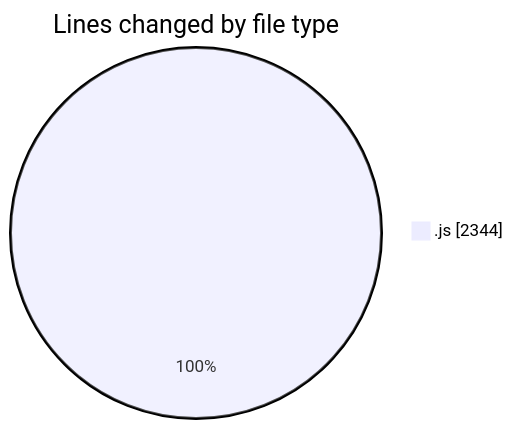
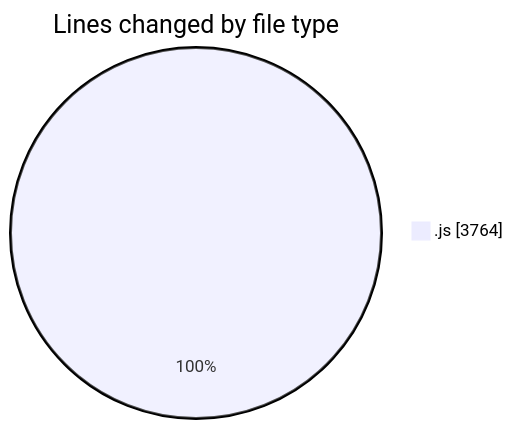
The first of 2 diagrams in 2025-12-12/nxtqube_webapp/README.md (nxtqubesakshisongat/code-tracking), drawn with Mermaid before and after one commit. The commit also changed other lines of this file and 1 other file, not shown here.

````diff
--- a/2025-12-12/nxtqube_webapp/README.md
+++ b/2025-12-12/nxtqube_webapp/README.md
@@ -20,5 +21,5 @@
 ```mermaid
 pie showData
 title Lines changed by file type
-".js" : 2344
+".js" : 3764
 ```
````
